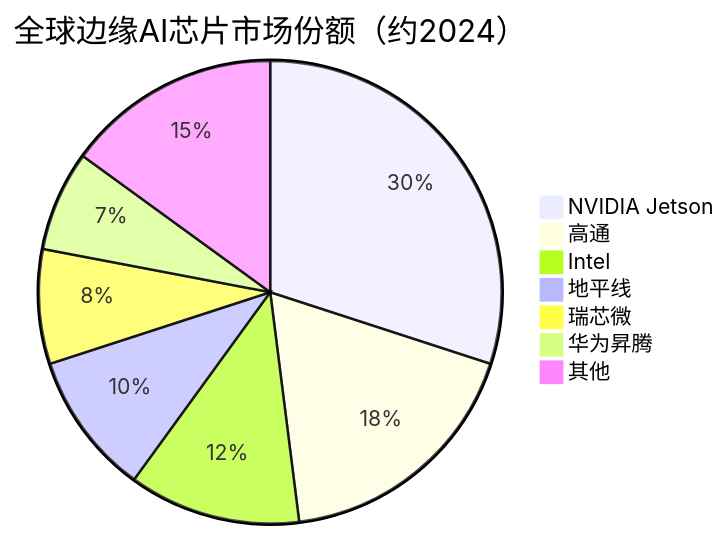
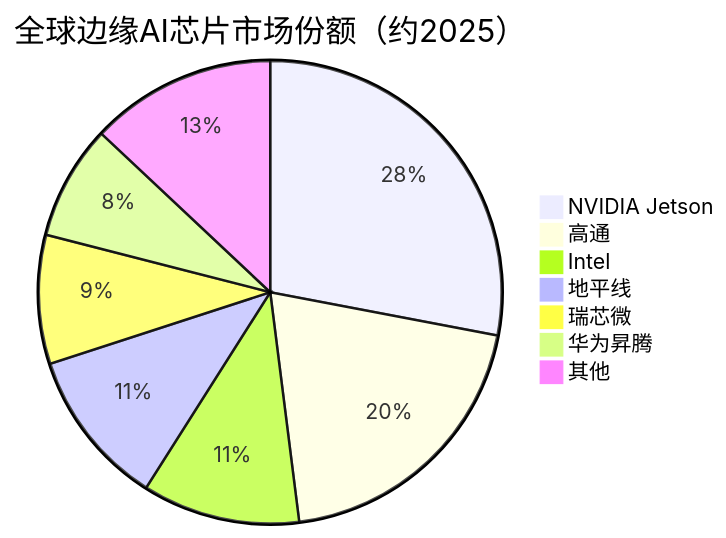
One commit to blueprint1453/industry-insight changed the third of 3 diagrams in AI产业链/下游/终端AI硬件.md. Above: the diagram before and after it, drawn with Mermaid. The commit also changed other lines of this file and 78 other files, not shown here.

````diff
--- a/AI产业链/下游/终端AI硬件.md
+++ b/AI产业链/下游/终端AI硬件.md
@@ -99,10 +99,10 @@
 ```mermaid
-pie title 全球边缘AI芯片市场份额（约2024）
-    "NVIDIA Jetson" : 30
-    "高通" : 18
-    "Intel" : 12
-    "地平线" : 10
-    "瑞芯微" : 8
-    "华为昇腾" : 7
-    "其他" : 15
+pie title 全球边缘AI芯片市场份额（约2025）
+    "NVIDIA Jetson" : 28
+    "高通" : 20
+    "Intel" : 11
+    "地平线" : 11
+    "瑞芯微" : 9
+    "华为昇腾" : 8
+    "其他" : 13
 ```
````
